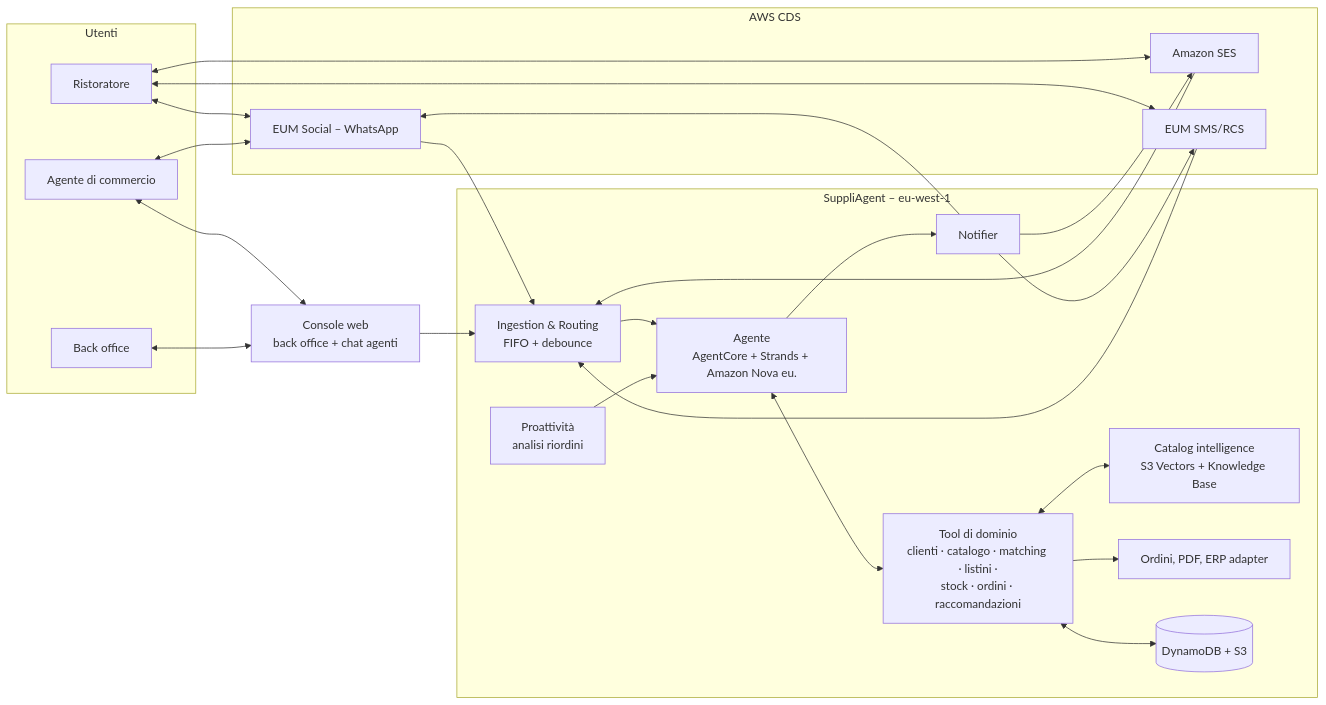
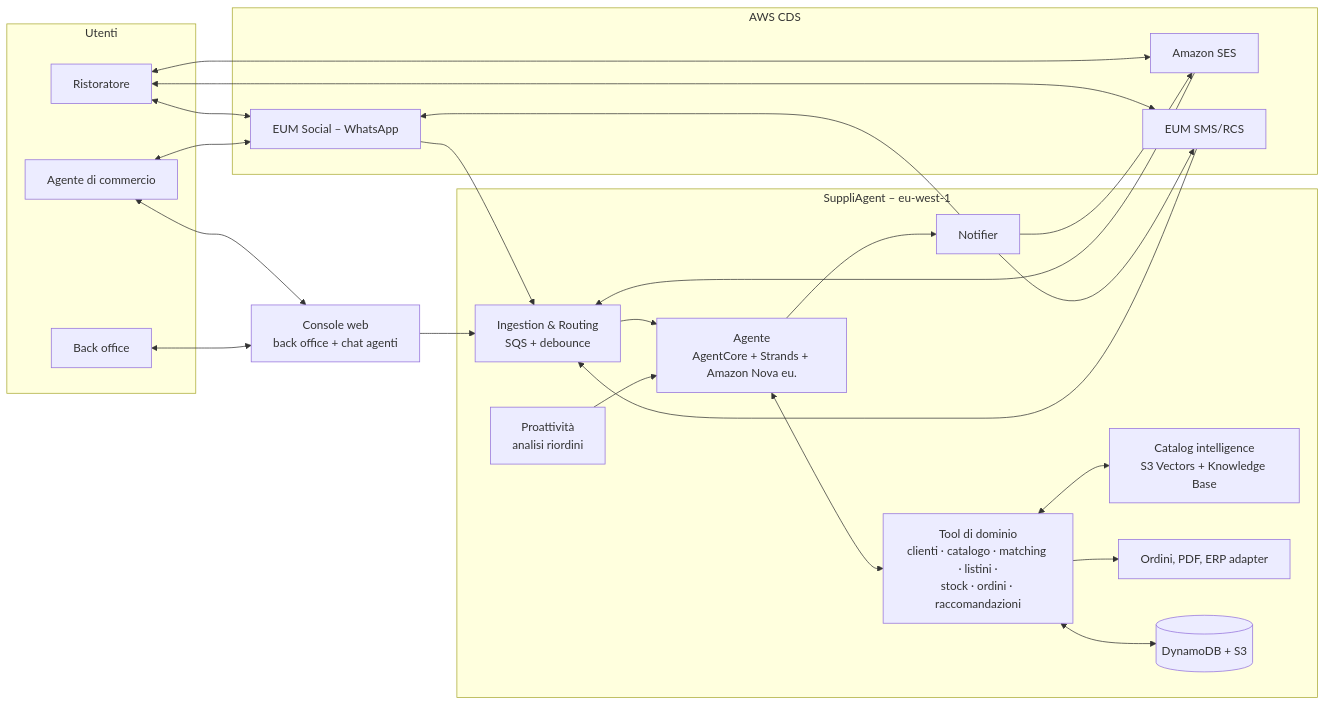
Before and after one commit to besharpsrl/aws-cds-hackathon-2026-suppliagent: the first of 2 diagrams in docs/01_PROJECT_OVERVIEW.md, drawn with Mermaid. The commit also changed other lines of this file and 27 other files, not shown here.

````diff
--- a/docs/01_PROJECT_OVERVIEW.md
+++ b/docs/01_PROJECT_OVERVIEW.md
@@ -77,45 +77,45 @@
 ```mermaid
 flowchart LR
     subgraph Utenti
         R[Ristoratore]
         A[Agente di commercio]
         BO[Back office]
     end
     subgraph CDS[AWS CDS]
         WA[EUM Social – WhatsApp]
         SES[Amazon SES]
         EUM[EUM SMS/RCS]
     end
     subgraph Core[SuppliAgent – eu-west-1]
-        ING[Ingestion & Routing<br/>FIFO + debounce]
+        ING[Ingestion & Routing<br/>SQS + debounce]
         AG[Agente<br/>AgentCore + Strands + Amazon Nova eu.]
         TOOLS[Tool di dominio<br/>clienti · catalogo · matching · listini ·<br/>stock · ordini · raccomandazioni]
         CAT[Catalog intelligence<br/>S3 Vectors + Knowledge Base]
         ORD[Ordini, PDF, ERP adapter]
         OUT[Notifier]
         PRO[Proattività<br/>analisi riordini]
         DATA[(DynamoDB + S3)]
     end
     CON[Console web<br/>back office + chat agenti]
 
     R <--> WA
     R <--> SES
     R <--> EUM
     A <--> WA
     A <--> CON
     BO <--> CON
     WA --> ING
     SES --> ING
     EUM --> ING
     CON --> ING
     ING --> AG
     AG <--> TOOLS
     TOOLS <--> CAT
     TOOLS <--> DATA
     TOOLS --> ORD
     AG --> OUT
     PRO --> AG
     OUT --> WA
     OUT --> SES
     OUT --> EUM
 ```
````
